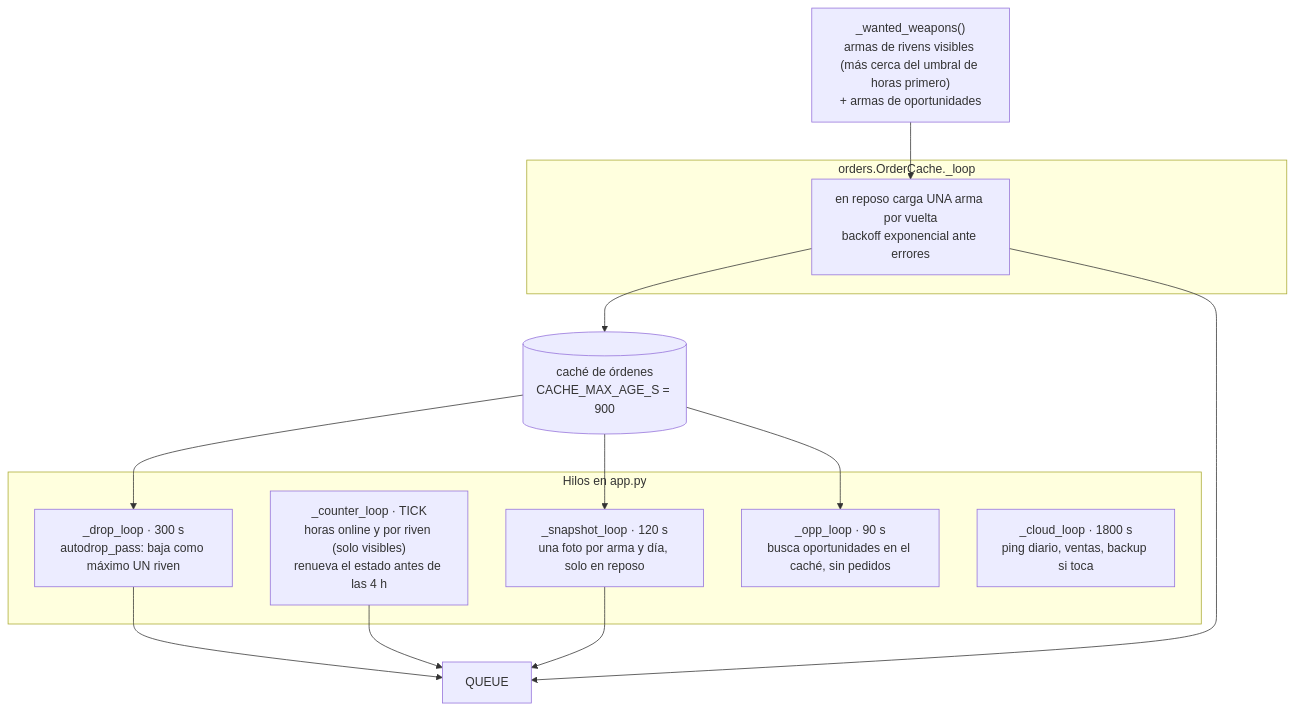
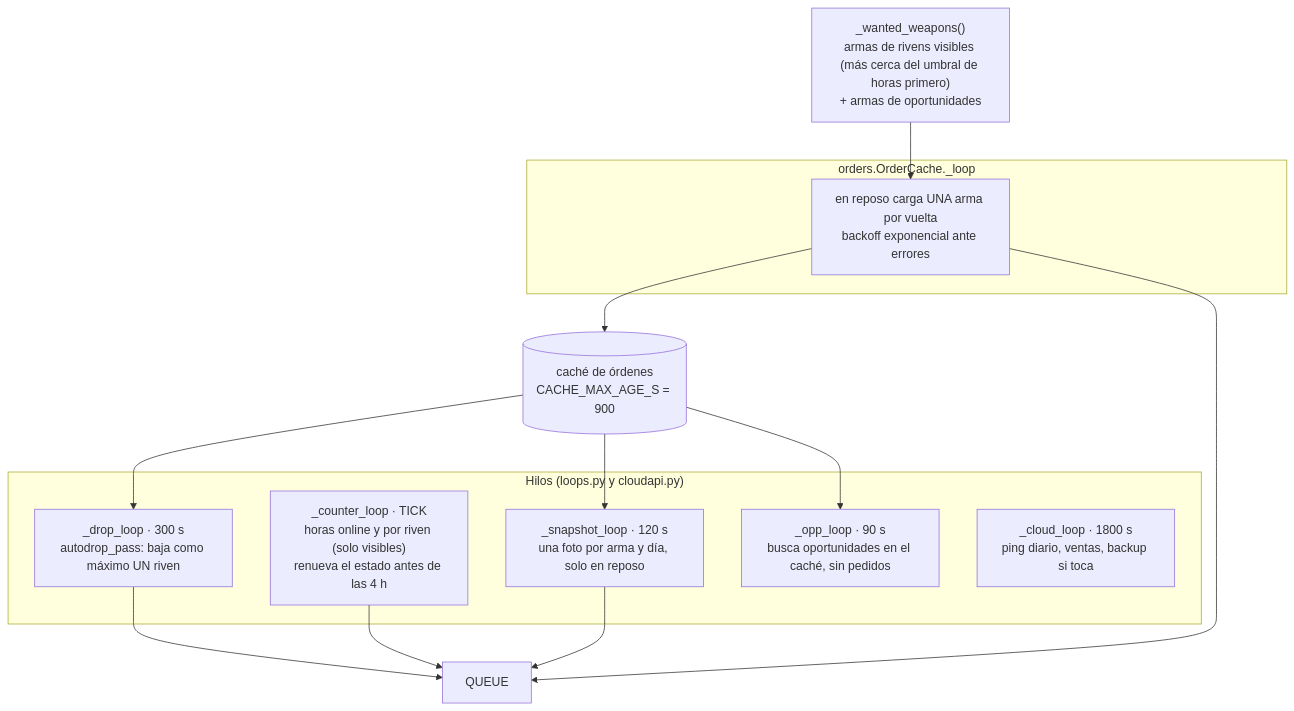
One commit to Franh01/riven-stock changed the third of 8 diagrams in docs/ARQUITECTURA.md. Above: the diagram before and after it, drawn with Mermaid. The commit also changed other lines of this file, not shown here.

Commit message:
Docs: corregir ubicacion de hilos y quien pone el estado En juego al arrancar

````diff
--- a/docs/ARQUITECTURA.md
+++ b/docs/ARQUITECTURA.md
@@ -67,22 +68,22 @@
 ```mermaid
 flowchart TB
-    subgraph T["Hilos en app.py"]
+    subgraph T["Hilos (loops.py y cloudapi.py)"]
         C["_counter_loop · TICK<br/>horas online y por riven (solo visibles)<br/>renueva el estado antes de las 4 h"]
         D["_drop_loop · 300 s<br/>autodrop_pass: baja como máximo UN riven"]
         S["_snapshot_loop · 120 s<br/>una foto por arma y día, solo en reposo"]
         O["_opp_loop · 90 s<br/>busca oportunidades en el caché, sin pedidos"]
         K["_cloud_loop · 1800 s<br/>ping diario, ventas, backup si toca"]
     end
     subgraph OC["orders.OrderCache._loop"]
         L["en reposo carga UNA arma por vuelta<br/>backoff exponencial ante errores"]
     end
     W["_wanted_weapons()<br/>armas de rivens visibles (más cerca del umbral de horas primero)<br/>+ armas de oportunidades"] --> L
     L --> CA[("caché de órdenes<br/>CACHE_MAX_AGE_S = 900")]
     CA --> D
     CA --> O
     CA --> S
     D --> Q["QUEUE"]
     C --> Q
     S --> Q
     L --> Q
 ```
````
